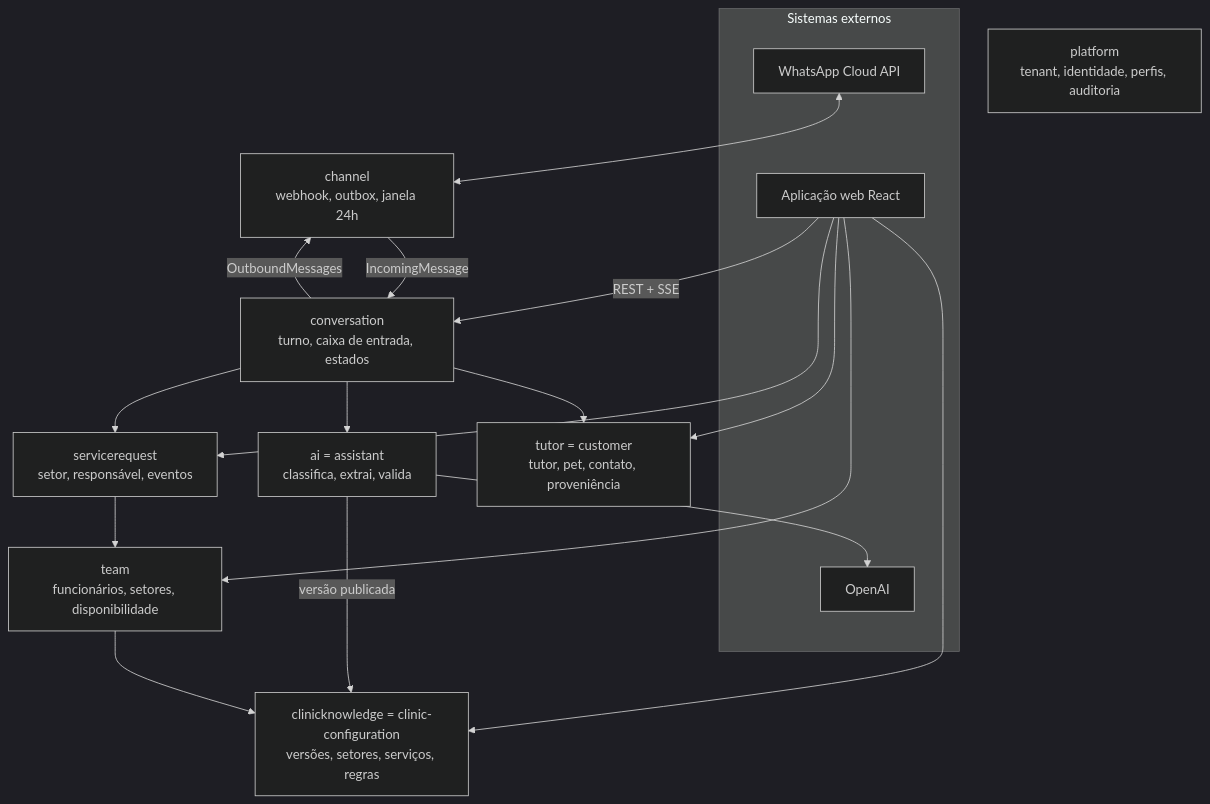
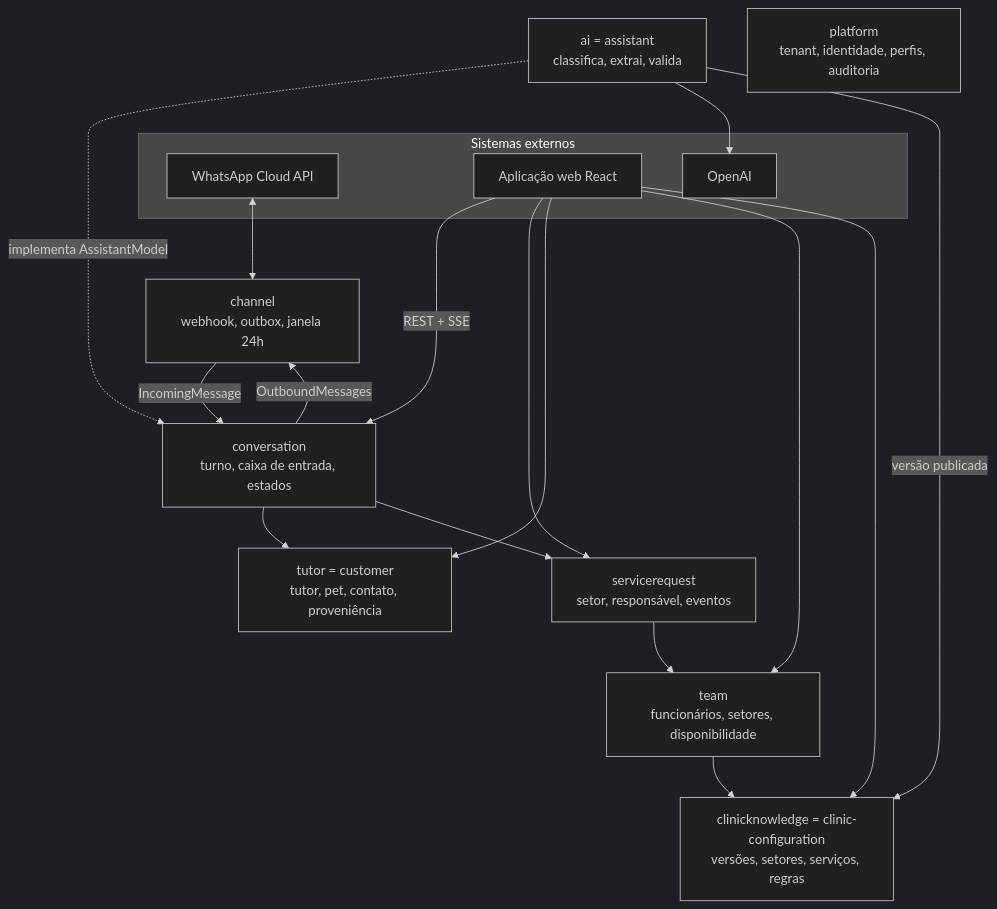
One commit to tiagolcxt/Centro-Vet-Parque-chatbot changed the diagram in docs/architecture/saas-modulos-e-arquitetura.md. Above: the diagram before and after it, drawn with Mermaid (dark theme). The commit also changed other lines of this file and 119 other files, not shown here.

````diff
--- a/docs/architecture/saas-modulos-e-arquitetura.md
+++ b/docs/architecture/saas-modulos-e-arquitetura.md
@@ -17,32 +17,32 @@
 ```mermaid
 flowchart TB
     subgraph ext[Sistemas externos]
         WA[WhatsApp Cloud API]
         WEB[Aplicação web React]
         OAI[OpenAI]
     end
     CH[channel<br/>webhook, outbox, janela 24h]
     CONV[conversation<br/>turno, caixa de entrada, estados]
     AS[ai = assistant<br/>classifica, extrai, valida]
     CU[tutor = customer<br/>tutor, pet, contato, proveniência]
     SR[servicerequest<br/>setor, responsável, eventos]
     TE[team<br/>funcionários, setores, disponibilidade]
     CFG[clinicknowledge = clinic-configuration<br/>versões, setores, serviços, regras]
     PL[platform<br/>tenant, identidade, perfis, auditoria]
 
     WA <--> CH
     CH -->|IncomingMessage| CONV
     CONV -->|OutboundMessages| CH
     WEB -->|REST + SSE| CONV
     WEB --> SR
     WEB --> CU
     WEB --> TE
     WEB --> CFG
-    CONV --> AS
+    AS -.->|implementa AssistantModel| CONV
     AS --> OAI
     AS -->|versão publicada| CFG
     CONV --> CU
     CONV --> SR
     SR --> TE
     TE --> CFG
 ```
````
